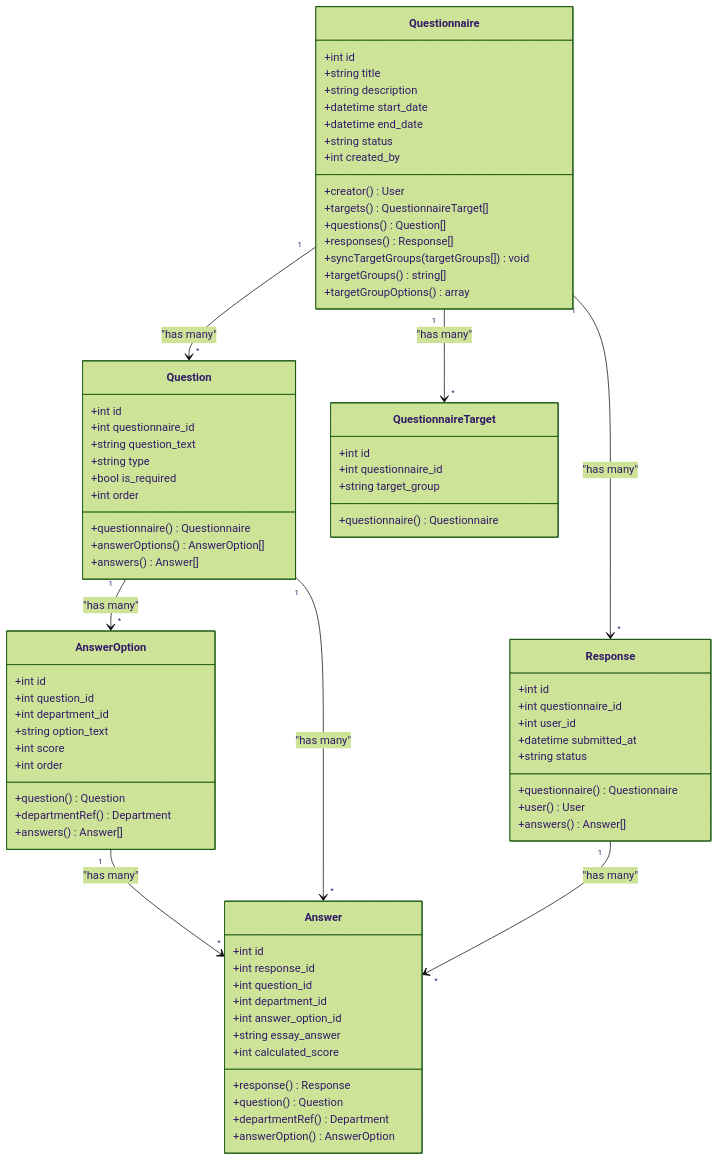
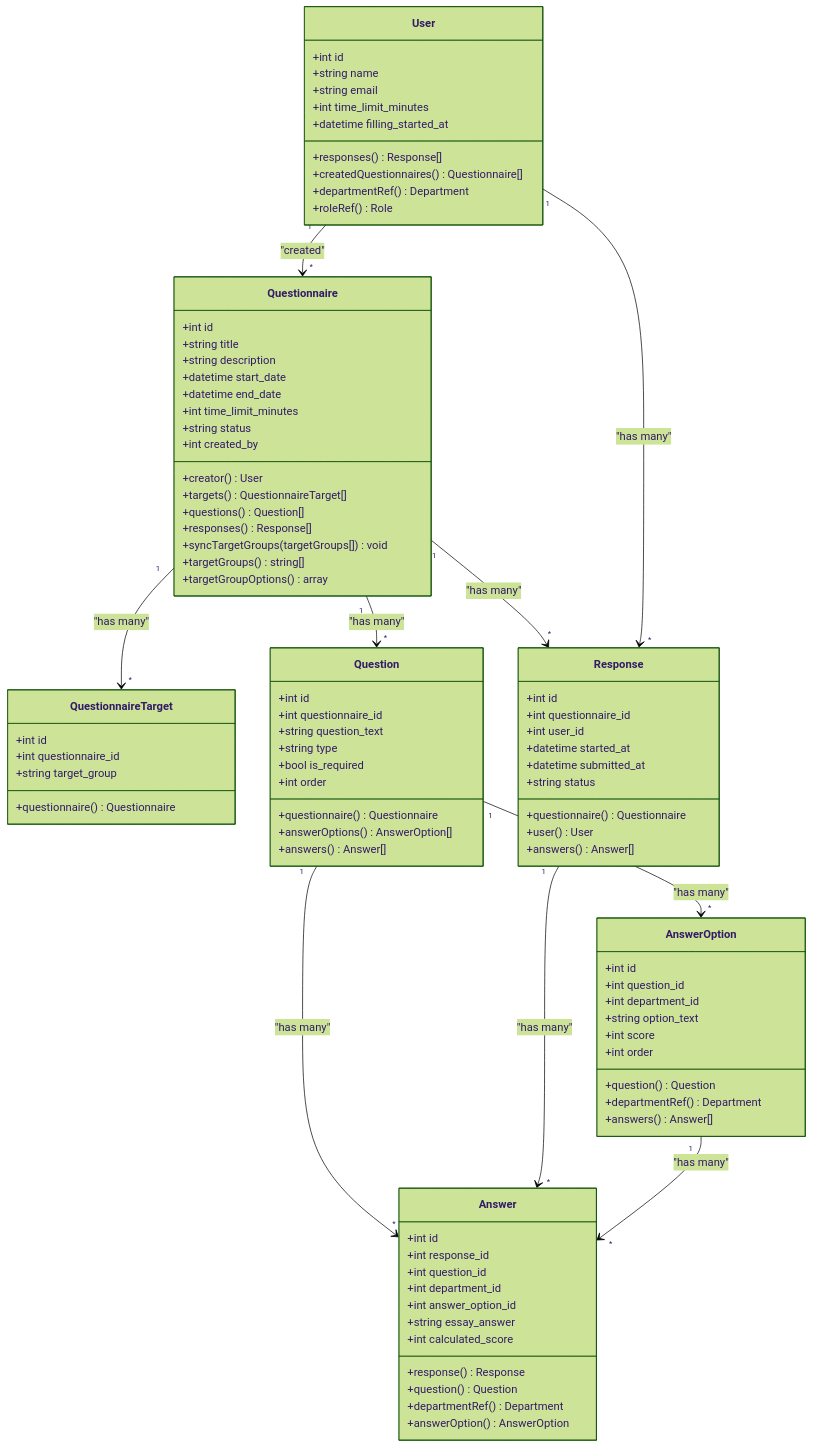
The second of 8 diagrams in .qoder/repowiki/en/content/Core Features/Questionnaire Management/Questionnaire Management.md (rudicatsmile/assesment360), drawn with Mermaid (forest theme) before and after one commit. The commit also changed other lines of this file and 6 other files, not shown here.

````diff
--- a/.qoder/repowiki/en/content/Core Features/Questionnaire Management/Questionnaire Management.md
+++ b/.qoder/repowiki/en/content/Core Features/Questionnaire Management/Questionnaire Management.md
@@ -141,6 +177,7 @@
 +string description
 +datetime start_date
 +datetime end_date
++int time_limit_minutes
 +string status
 +int created_by
 +creator() User
@@ -183,6 +220,7 @@
 +int id
 +int questionnaire_id
 +int user_id
++datetime started_at
 +datetime submitted_at
 +string status
 +questionnaire() Questionnaire
@@ -202,6 +240,17 @@
 +departmentRef() Department
 +answerOption() AnswerOption
 }
+class User {
++int id
++string name
++string email
++int time_limit_minutes
++datetime filling_started_at
++responses() Response[]
++createdQuestionnaires() Questionnaire[]
++departmentRef() Department
++roleRef() Role
+}
 Questionnaire "1" --> "*" Question : "has many"
 Questionnaire "1" --> "*" QuestionnaireTarget : "has many"
 Question "1" --> "*" AnswerOption : "has many"
@@ -209,4 +258,6 @@
 Questionnaire "1" --> "*" Response : "has many"
 Response "1" --> "*" Answer : "has many"
 AnswerOption "1" --> "*" Answer : "has many"
+User "1" --> "*" Response : "has many"
+User "1" --> "*" Questionnaire : "created"
 ```
````
